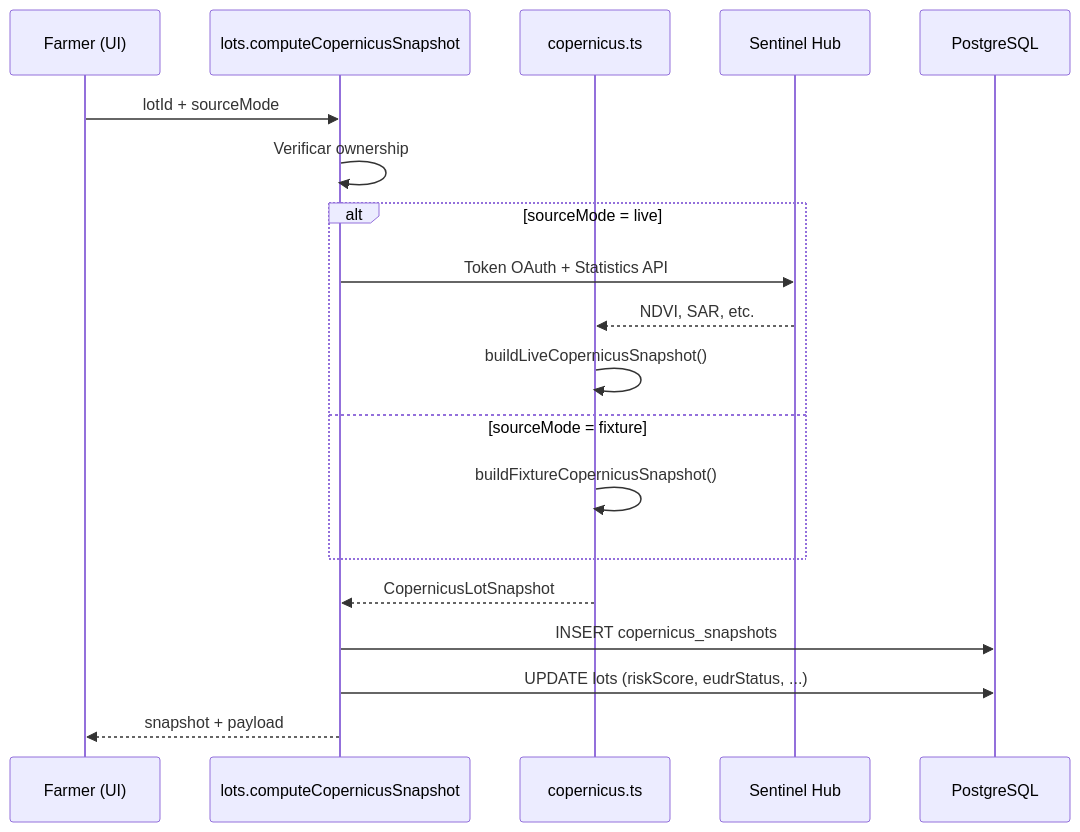
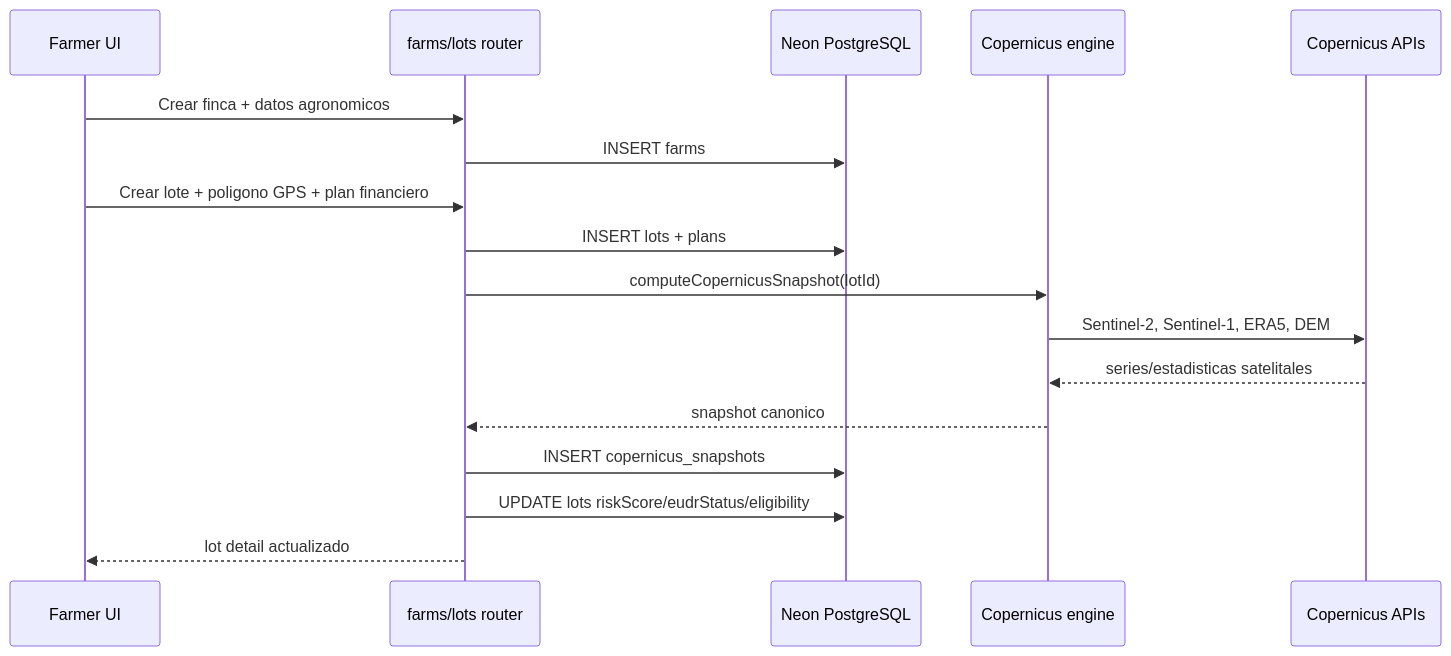
The second of 8 diagrams in .docs/02-arquitectura.md (javierp06/harvverse-copernicus-hackathon), drawn with Mermaid before and after one commit. The commit also changed other lines of this file, not shown here.

Commit message:
Document Harvverse Sentinel architecture

````diff
--- a/.docs/02-arquitectura.md
+++ b/.docs/02-arquitectura.md
@@ -83,22 +112,20 @@
 ```mermaid
 sequenceDiagram
-    participant F as Farmer (UI)
-    participant API as lots.computeCopernicusSnapshot
-    participant ENG as copernicus.ts
-    participant SH as Sentinel Hub
-    participant DB as PostgreSQL
+  participant F as Farmer UI
+  participant API as farms/lots router
+  participant DB as Neon PostgreSQL
+  participant COP as Copernicus engine
+  participant EXT as Copernicus APIs
 
-    F->>API: lotId + sourceMode
-    API->>API: Verificar ownership
-    alt sourceMode = live
-        API->>SH: Token OAuth + Statistics API
-        SH-->>ENG: NDVI, SAR, etc.
-        ENG->>ENG: buildLiveCopernicusSnapshot()
-    else sourceMode = fixture
-        ENG->>ENG: buildFixtureCopernicusSnapshot()
-    end
-    ENG-->>API: CopernicusLotSnapshot
-    API->>DB: INSERT copernicus_snapshots
-    API->>DB: UPDATE lots (riskScore, eudrStatus, ...)
-    API-->>F: snapshot + payload
+  F->>API: Crear finca + datos agronomicos
+  API->>DB: INSERT farms
+  F->>API: Crear lote + poligono GPS + plan financiero
+  API->>DB: INSERT lots + plans
+  API->>COP: computeCopernicusSnapshot(lotId)
+  COP->>EXT: Sentinel-2, Sentinel-1, ERA5, DEM
+  EXT-->>COP: series/estadisticas satelitales
+  COP-->>API: snapshot canonico
+  API->>DB: INSERT copernicus_snapshots
+  API->>DB: UPDATE lots riskScore/eudrStatus/eligibility
+  API-->>F: lot detail actualizado
 ```
````
